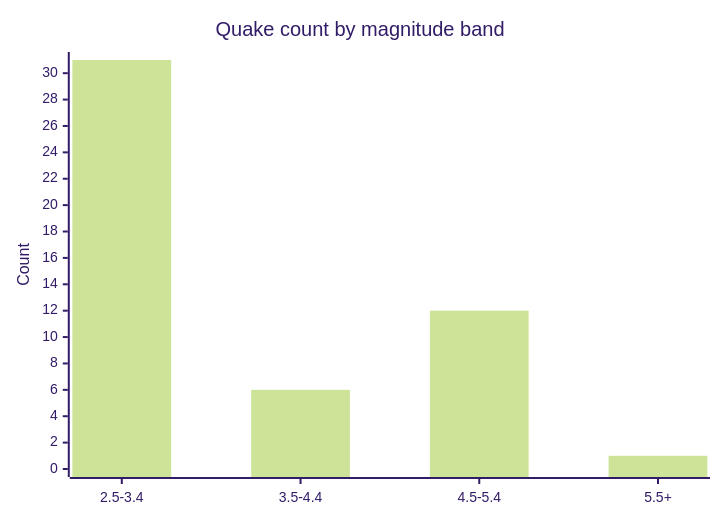
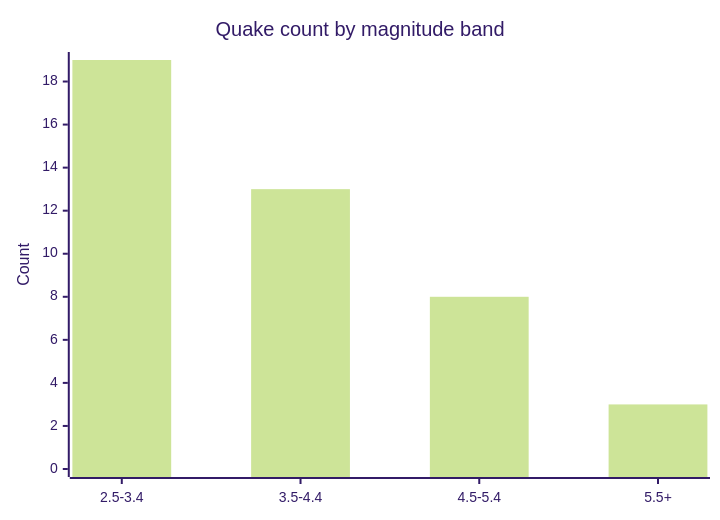
One commit to Midwest-Stratospheric/aerostratospheric-defense-gir changed the fifth of 6 diagrams in docs/GRAPHS.md. Above: the diagram before and after it, drawn with Mermaid (forest theme). The commit also changed other lines of this file and 25 other files, not shown here.

````diff
--- a/docs/GRAPHS.md
+++ b/docs/GRAPHS.md
@@ -82,7 +82,7 @@
 ```mermaid
 xychart-beta
   title "Quake count by magnitude band"
   x-axis ["2.5-3.4", "3.5-4.4", "4.5-5.4", "5.5+"]
-  y-axis "Count" 0 --> 31
-  bar [31, 6, 12, 1]
+  y-axis "Count" 0 --> 19
+  bar [19, 13, 8, 3]
 ```
````
